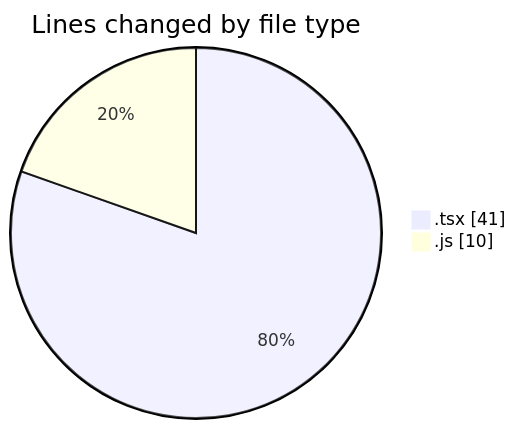
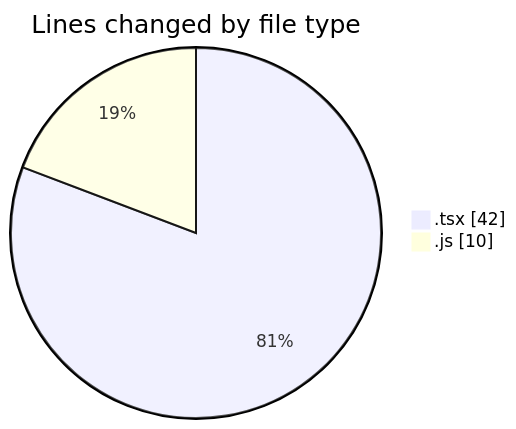
Before and after one commit to momahboobian/code-tracking: the first of 2 diagrams in 2026-08-25/cda/README.md, drawn with Mermaid. The commit also changed other lines of this file and 1 other file, not shown here.

````diff
--- a/2026-08-25/cda/README.md
+++ b/2026-08-25/cda/README.md
@@ -22,6 +22,6 @@
 ```mermaid
 pie showData
 title Lines changed by file type
-".tsx" : 41
+".tsx" : 42
 ".js" : 10
 ```
````
